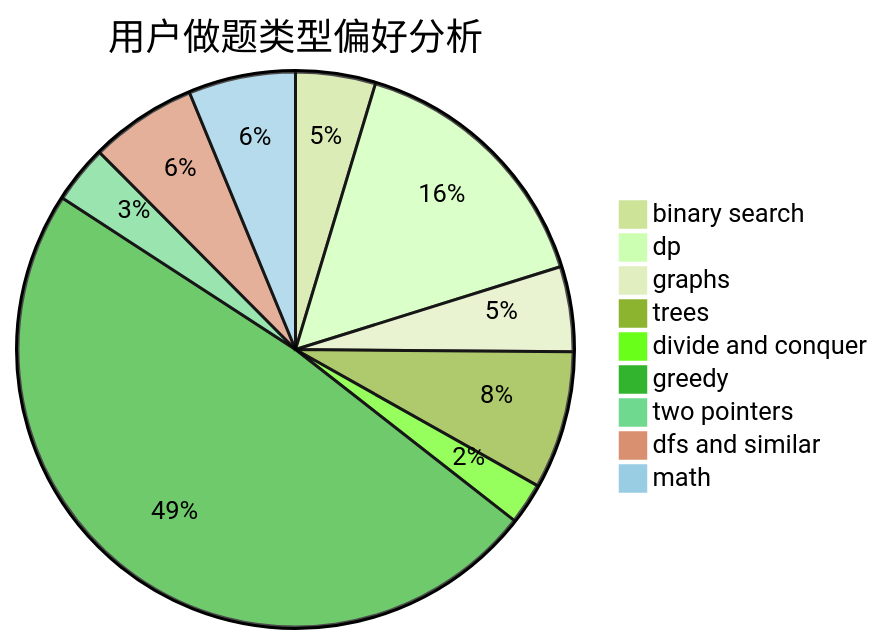
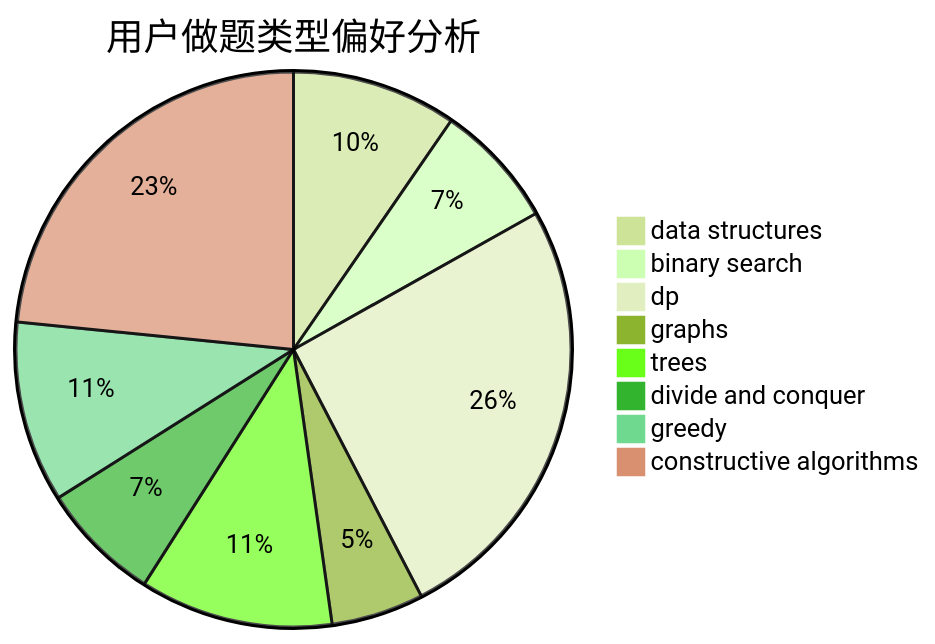
The second of 3 diagrams in docs/user/u2373.md (sherpahu/cfrs.github.io), drawn with Mermaid (forest theme) before and after one commit. The commit also changed other lines of this file and 2775 other files, not shown here.

````diff
--- a/docs/user/u2373.md
+++ b/docs/user/u2373.md
@@ -23,12 +23,11 @@
 ```mermaid
 pie title 用户做题类型偏好分析
-    "binary search" :  62
-    "dp" :  207
-    "graphs" :  66
-    "trees" :  107
-    "divide and conquer" :  32
-    "greedy" :  648
-    "two pointers" :  45
-    "dfs and similar" :  83
-    "math" :  83
+    "data structures" :  41
+    "binary search" :  31
+    "dp" :  109
+    "graphs" :  23
+    "trees" :  48
+    "divide and conquer" :  30
+    "greedy" :  45
+    "constructive algorithms" :  100
 ```
````
